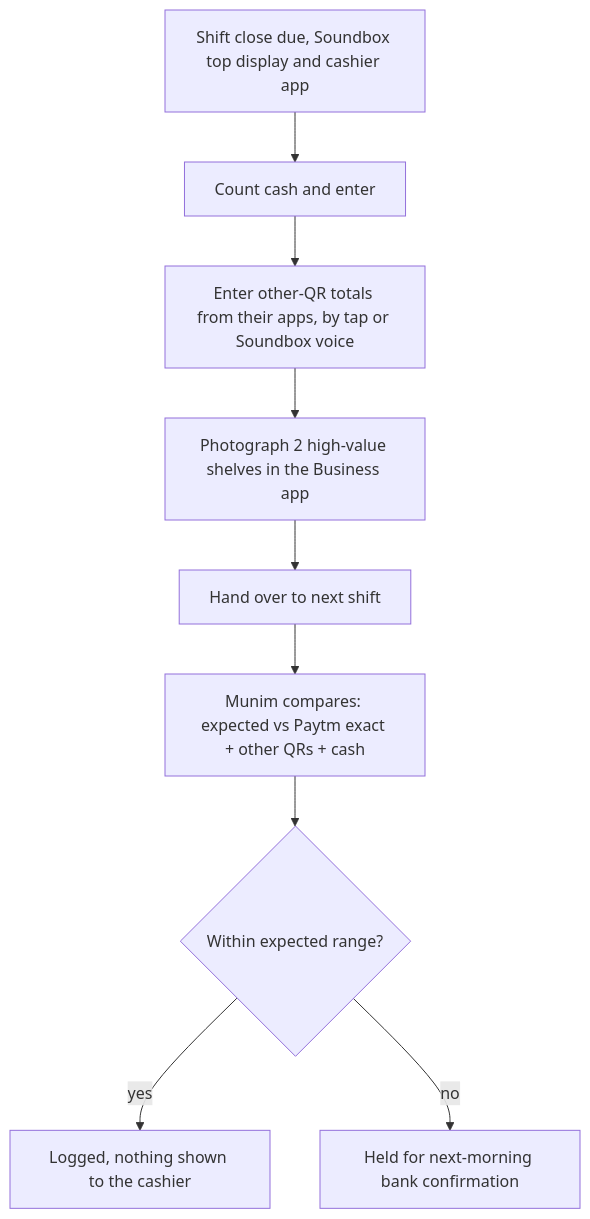
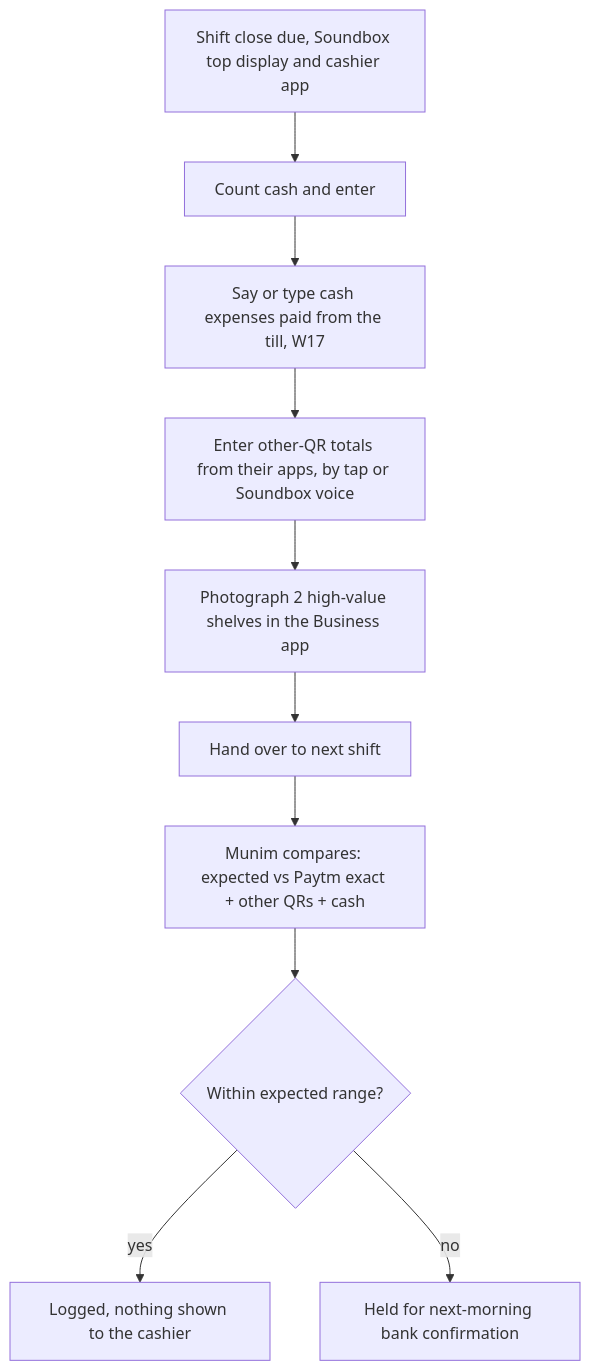
Before and after one commit to OmKamalika/paytm-merchant-ai-: the fourth of 7 diagrams in AI_Munim_Project_Plan.md, drawn with Mermaid. The commit also changed other lines of this file and 1 other file, not shown here.

First line of the commit message:
Add voice expense logging and cost rules brainstorm and wireframes

````diff
--- a/AI_Munim_Project_Plan.md
+++ b/AI_Munim_Project_Plan.md
@@ -1202,11 +1202,12 @@
 ```mermaid
 flowchart TD
     A[Shift close due, Soundbox top display and cashier app] --> B[Count cash and enter]
-    B --> C[Enter other-QR totals from their apps, by tap or Soundbox voice]
+    B --> B2[Say or type cash expenses paid from the till, W17]
+    B2 --> C[Enter other-QR totals from their apps, by tap or Soundbox voice]
     C --> D[Photograph 2 high-value shelves in the Business app]
     D --> E[Hand over to next shift]
     E --> F[Munim compares: expected vs Paytm exact + other QRs + cash]
     F --> G{Within expected range?}
     G -- yes --> H[Logged, nothing shown to the cashier]
     G -- no --> I[Held for next-morning bank confirmation]
 ```
````
